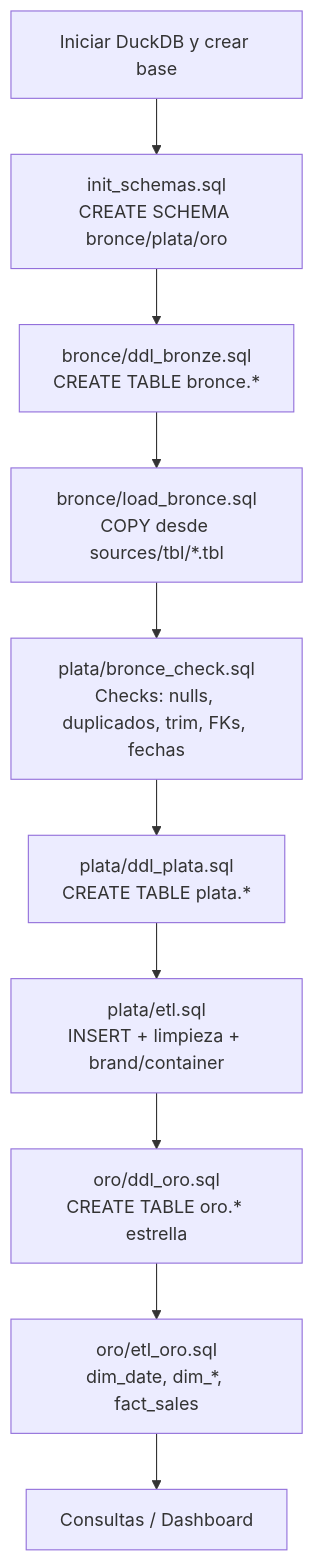
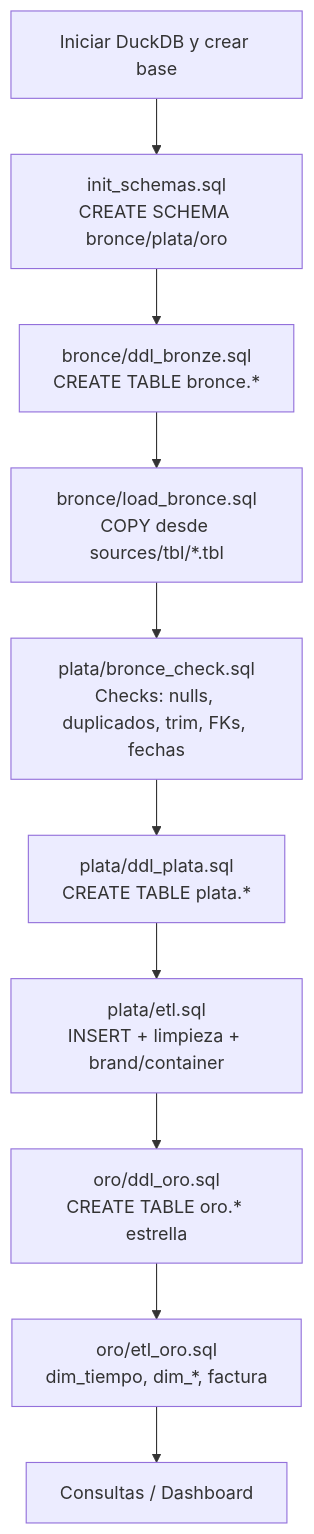
Before and after one commit to CaletOrtiz/sql-datawarehouse-project: the second of 3 diagrams in docs/arquitectura.md, drawn with Mermaid. The commit also changed other lines of this file and 5 other files, not shown here.

Commit message:
Rename ORO star schema to dim_tiempo, dim_cliente, dim_producto and factura per professor feedback

````diff
--- a/docs/arquitectura.md
+++ b/docs/arquitectura.md
@@ -46,12 +46,12 @@
 ```mermaid
 flowchart TD
     A[Iniciar DuckDB y crear base] --> B[init_schemas.sql<br/>CREATE SCHEMA bronce/plata/oro]
     B --> C[bronce/ddl_bronze.sql<br/>CREATE TABLE bronce.*]
     C --> D[bronce/load_bronce.sql<br/>COPY desde sources/tbl/*.tbl]
     D --> E[plata/bronce_check.sql<br/>Checks: nulls, duplicados, trim, FKs, fechas]
     E --> F[plata/ddl_plata.sql<br/>CREATE TABLE plata.*]
     F --> G[plata/etl.sql<br/>INSERT + limpieza + brand/container]
     G --> H[oro/ddl_oro.sql<br/>CREATE TABLE oro.* estrella]
-    H --> I[oro/etl_oro.sql<br/>dim_date, dim_*, fact_sales]
+    H --> I[oro/etl_oro.sql<br/>dim_tiempo, dim_*, factura]
     I --> J[Consultas / Dashboard]
 ```
````
